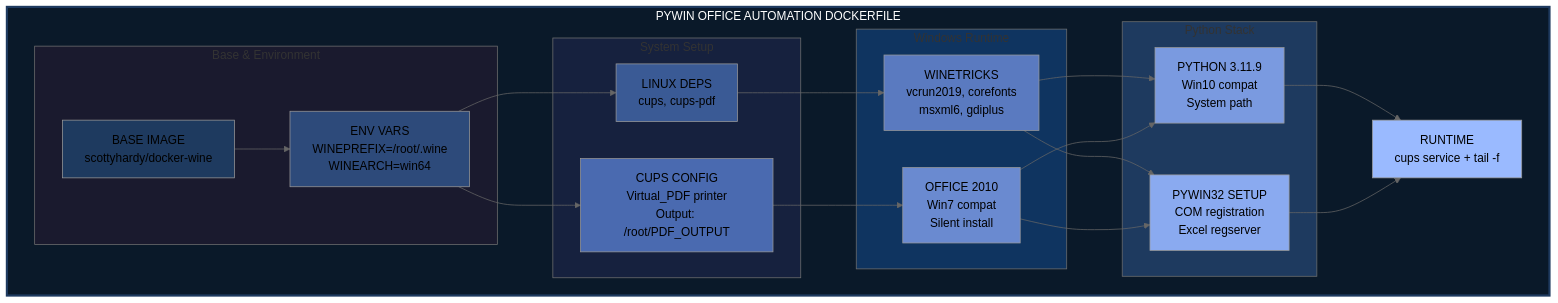
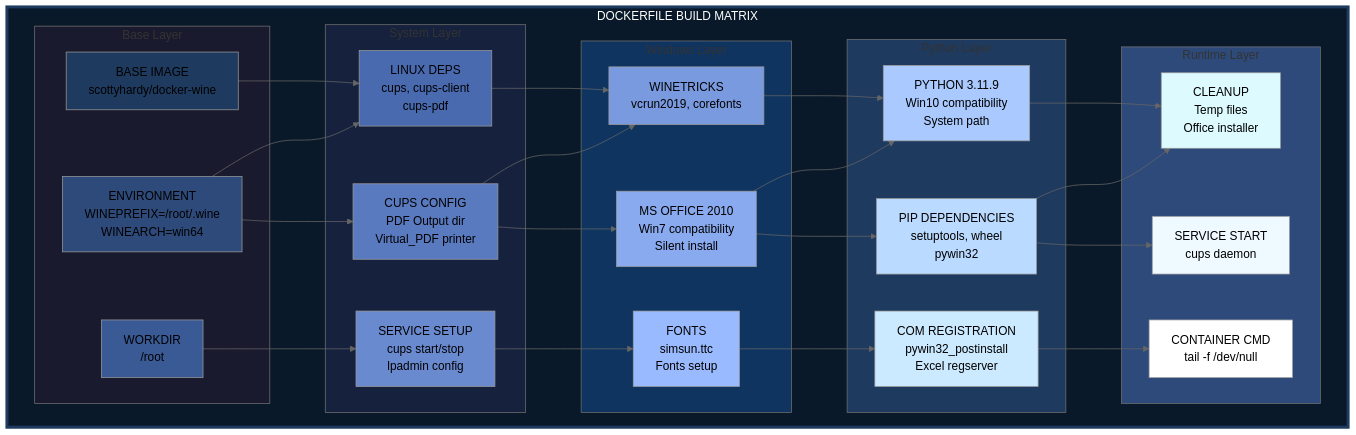
Before and after one commit to MHUERTASR/pywin: the diagram in README.md, drawn with Mermaid (neutral theme).

Commit message:
Actualizar diagrama de flujo en el README para reflejar la estructura del Dockerfile y mejorar la claridad visual

````diff
--- a/README.md
+++ b/README.md
@@ -109,54 +109,79 @@
 ```mermaid
 flowchart TB
-    subgraph DOCKERFILE["PYWIN OFFICE AUTOMATION DOCKERFILE"]
-        
-        subgraph ROW1["Base & Environment"]
+    subgraph MATRIX["DOCKERFILE BUILD MATRIX"]
+        subgraph ROW1["Base Layer"]
             A1["BASE IMAGE<br/>scottyhardy/docker-wine"]
-            A2["ENV VARS<br/>WINEPREFIX=/root/.wine<br/>WINEARCH=win64"]
+            A2["ENVIRONMENT<br/>WINEPREFIX=/root/.wine<br/>WINEARCH=win64"]
+            A3["WORKDIR<br/>/root"]
         end
 
-        subgraph ROW2["System Setup"]
-            B1["LINUX DEPS<br/>cups, cups-pdf"]
-            B2["CUPS CONFIG<br/>Virtual_PDF printer<br/>Output: /root/PDF_OUTPUT"]
+        subgraph ROW2["System Layer"]
+            B1["LINUX DEPS<br/>cups, cups-client<br/>cups-pdf"]
+            B2["CUPS CONFIG<br/>PDF Output dir<br/>Virtual_PDF printer"]
+            B3["SERVICE SETUP<br/>cups start/stop<br/>lpadmin config"]
         end
 
-        subgraph ROW3["Windows Runtime"]
-            C1["WINETRICKS<br/>vcrun2019, corefonts<br/>msxml6, gdiplus"]
-            C2["OFFICE 2010<br/>Win7 compat<br/>Silent install"]
+        subgraph ROW3["Windows Layer"]
+            C1["WINETRICKS<br/>vcrun2019, corefonts"]
+            C2["MS OFFICE 2010<br/>Win7 compatibility<br/>Silent install"]
+            C3["FONTS<br/>simsun.ttc<br/>Fonts setup"]
         end
 
-        subgraph ROW4["Python Stack"]
-            D1["PYTHON 3.11.9<br/>Win10 compat<br/>System path"]
-            D2["PYWIN32 SETUP<br/>COM registration<br/>Excel regserver"]
+        subgraph ROW4["Python Layer"]
+            D1["PYTHON 3.11.9<br/>Win10 compatibility<br/>System path"]
+            D2["PIP DEPENDENCIES<br/>setuptools, wheel<br/>pywin32"]
+            D3["COM REGISTRATION<br/>pywin32_postinstall<br/>Excel regserver"]
         end
 
-        E["RUNTIME<br/>cups service + tail -f"]
+        subgraph ROW5["Runtime Layer"]
+            E1["CLEANUP<br/>Temp files<br/>Office installer"]
+            E2["SERVICE START<br/>cups daemon"]
+            E3["CONTAINER CMD<br/>tail -f /dev/null"]
+        end
     end
 
-    A1 --> A2
-    A2 --> B1
+    %% Conexiones verticales y horizontales
+    A1 --> B1
     A2 --> B2
+    A3 --> B3
+    
     B1 --> C1
     B2 --> C2
+    B3 --> C3
+    
     C1 --> D1
+    C2 --> D2
+    C3 --> D3
+    
+    D1 --> E1
+    D2 --> E2
+    D3 --> E3
+
+    %% Conexiones cruzadas
+    A2 --> B1
+    B2 --> C1
     C2 --> D1
-    C1 --> D2
-    C2 --> D2
-    D1 --> E
-    D2 --> E
+    D2 --> E1
 
-    style DOCKERFILE fill:#0a1929,stroke:#1e3a5f,stroke-width:3px,color:#ffffff
+    style MATRIX fill:#0a1929,stroke:#1e3a5f,stroke-width:4px,color:#ffffff
     style ROW1 fill:#1a1a2e
     style ROW2 fill:#16213e
     style ROW3 fill:#0f3460
     style ROW4 fill:#1e3a5f
+    style ROW5 fill:#2d4a7a
     style A1 fill:#1e3a5f
     style A2 fill:#2d4a7a
-    style B1 fill:#3a5a95
-    style B2 fill:#4a6ab0
-    style C1 fill:#5a7ac0
-    style C2 fill:#6a8ad0
-    style D1 fill:#7a9ae0
-    style D2 fill:#8aaaf0
-    style E fill:#9abaff
+    style A3 fill:#3a5a95
+    style B1 fill:#4a6ab0
+    style B2 fill:#5a7ac0
+    style B3 fill:#6a8ad0
+    style C1 fill:#7a9ae0
+    style C2 fill:#8aaaf0
+    style C3 fill:#9abaff
+    style D1 fill:#aacaff
+    style D2 fill:#bbdaff
+    style D3 fill:#cceaff
+    style E1 fill:#ddfaff
+    style E2 fill:#eefaff
+    style E3 fill:#ffffff
 ```
````
